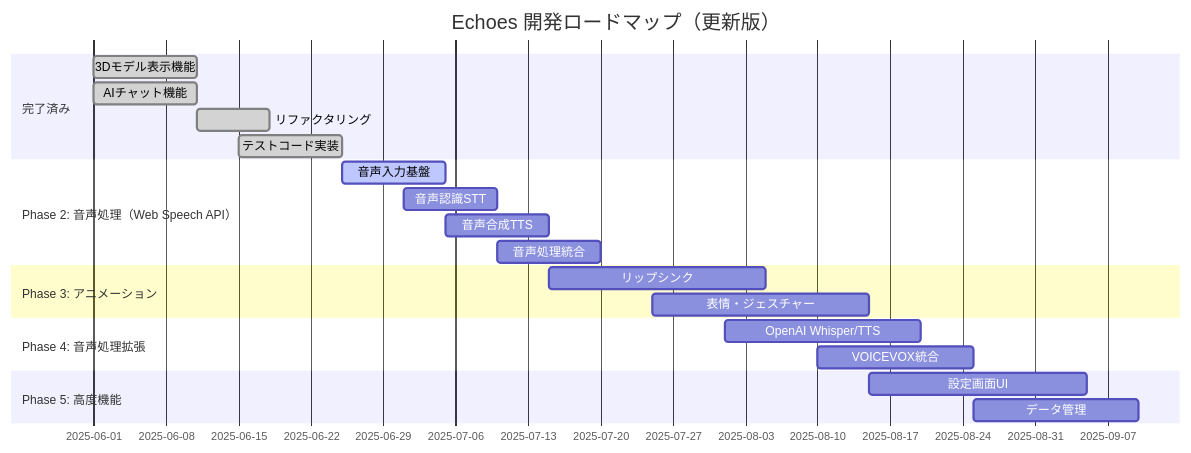
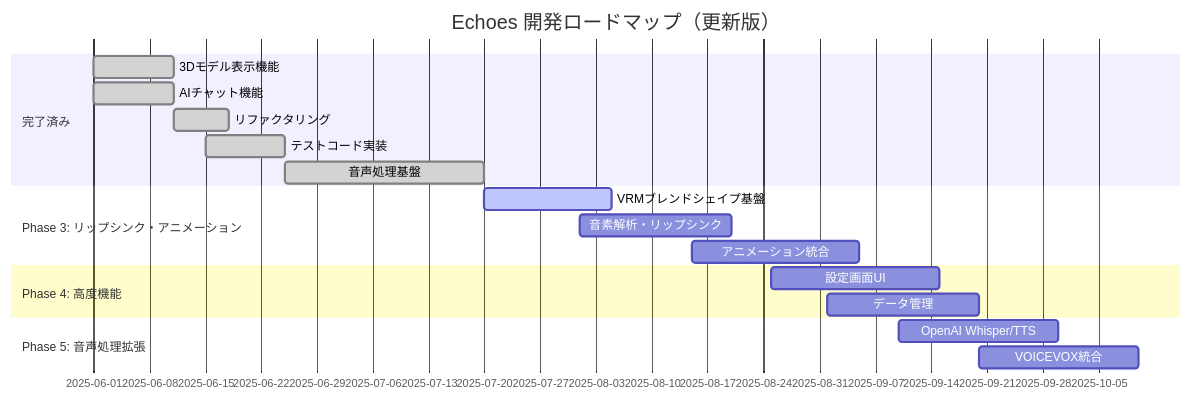
One commit to lvncer/echoes changed the seventh of 7 diagrams in docs/requirements/ai-model-app.md. Above: the diagram before and after it, drawn with Mermaid. The commit also changed other lines of this file, not shown here.

Commit message:
音声処理基盤の実装を完了し、リップシンク・アニメーションのフェーズ3に向けた詳細を追加。音声入力、認識、合成機能の統合を行い、パフォーマンス目標を更新。テスト計画も見直し、実装準備を整えた。

````diff
--- a/docs/requirements/ai-model-app.md
+++ b/docs/requirements/ai-model-app.md
@@ -448,28 +470,24 @@
 ```mermaid
 gantt
     title Echoes 開発ロードマップ（更新版）
     dateFormat  YYYY-MM-DD
     section 完了済み
     3Dモデル表示機能    :done, 3d, 2025-06-01, 2025-06-11
     AIチャット機能      :done, ai, 2025-06-01, 2025-06-11
     リファクタリング    :done, refactor, 2025-06-11, 2025-06-18
     テストコード実装    :done, test, 2025-06-15, 2025-06-25
+    音声処理基盤        :done, audio, 2025-06-25, 2025-07-20
 
-    section Phase 2: 音声処理（Web Speech API）
-    音声入力基盤        :active, audio-base, 2025-06-25, 2025-07-05
-    音声認識STT         :stt, 2025-07-01, 2025-07-10
-    音声合成TTS         :tts, 2025-07-05, 2025-07-15
-    音声処理統合        :audio-integration, 2025-07-10, 2025-07-20
+    section Phase 3: リップシンク・アニメーション
+    VRMブレンドシェイプ基盤  :active, blend, 2025-07-20, 2025-08-05
+    音素解析・リップシンク   :lipsync, 2025-08-01, 2025-08-20
+    アニメーション統合      :animation, 2025-08-15, 2025-09-05
 
-    section Phase 3: アニメーション
-    リップシンク        :lipsync, 2025-07-15, 2025-08-05
-    表情・ジェスチャー  :animation, 2025-07-25, 2025-08-15
+    section Phase 4: 高度機能
+    設定画面UI          :settings, 2025-08-25, 2025-09-15
+    データ管理          :data, 2025-09-01, 2025-09-20
 
-    section Phase 4: 音声処理拡張
-    OpenAI Whisper/TTS  :openai-audio, 2025-08-01, 2025-08-20
-    VOICEVOX統合        :voicevox, 2025-08-10, 2025-08-25
-
-    section Phase 5: 高度機能
-    設定画面UI          :settings, 2025-08-15, 2025-09-05
-    データ管理          :data, 2025-08-25, 2025-09-10
+    section Phase 5: 音声処理拡張
+    OpenAI Whisper/TTS  :openai-audio, 2025-09-10, 2025-09-30
+    VOICEVOX統合        :voicevox, 2025-09-20, 2025-10-10
 ```
````
